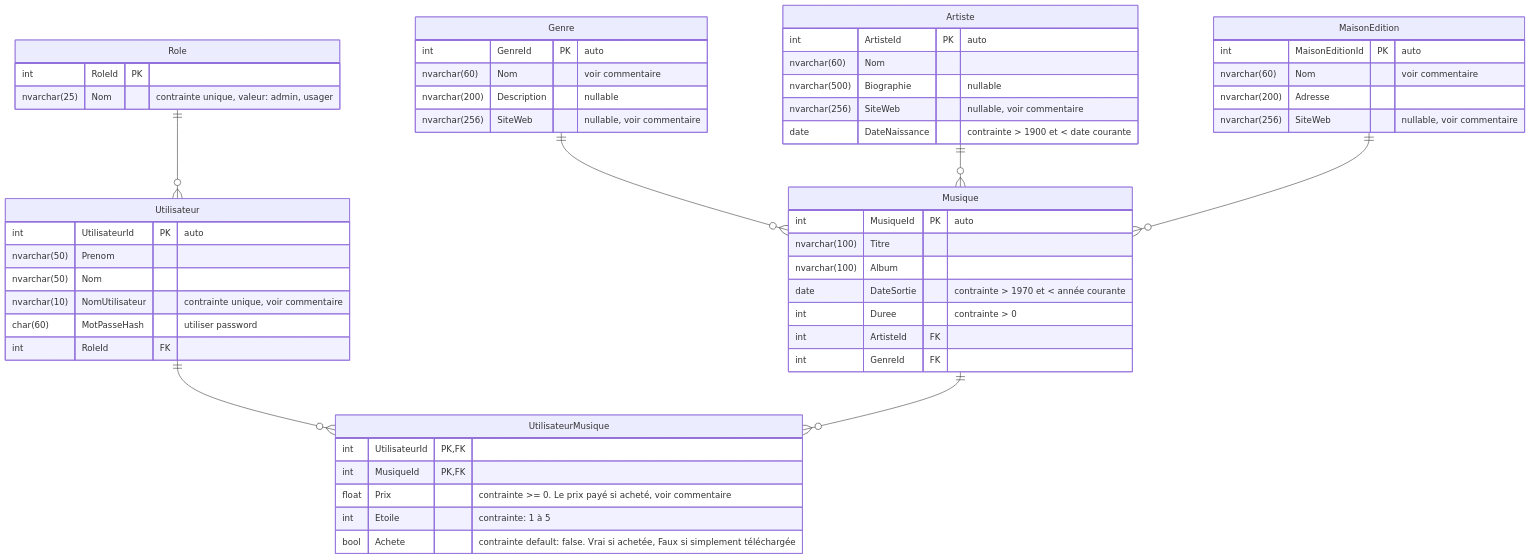
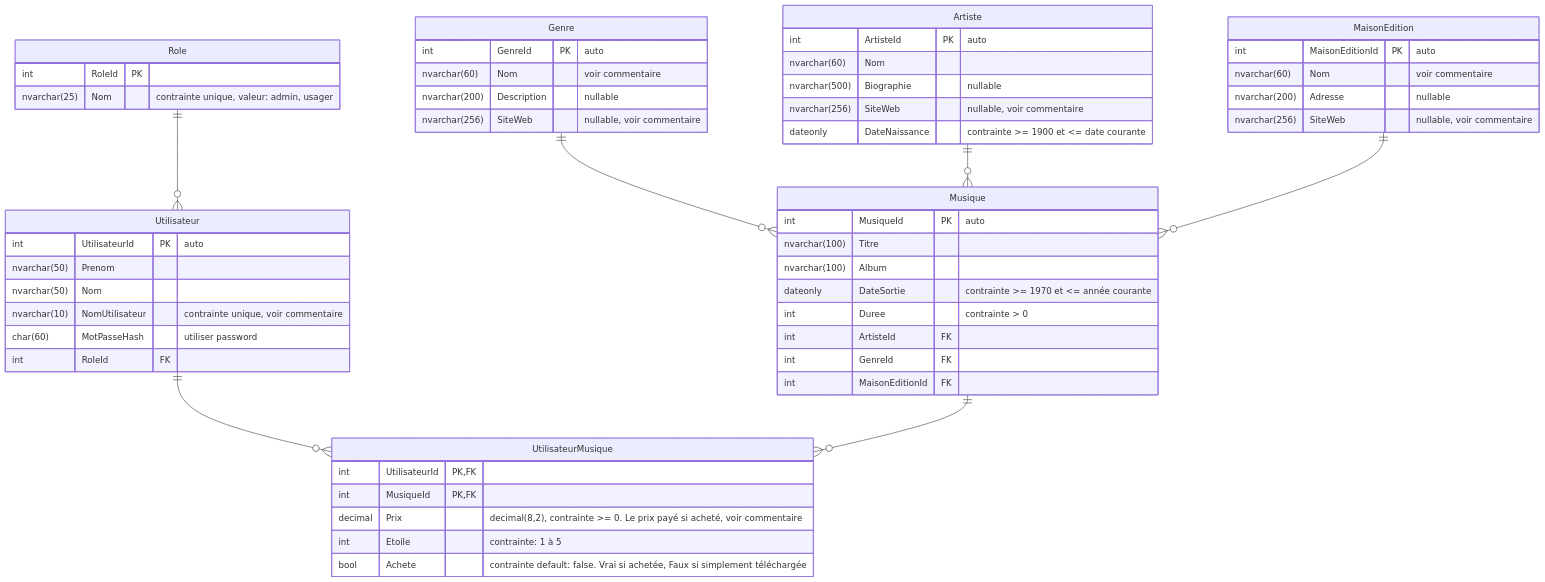
The diagram in docs/00-TP3/tp3_dea.md (BenoitDesrosiers/4N1_2024), drawn with Mermaid before and after one commit. The commit also changed other lines of this file and 11 other files, not shown here.

````diff
--- a/docs/00-TP3/tp3_dea.md
+++ b/docs/00-TP3/tp3_dea.md
@@ -9,63 +9,64 @@
 ```mermaid
 erDiagram
     ro ||--o{ ut : ""
     ut ||--o{ um : ""
     mu ||--o{ um : ""
     ge ||--o{ mu : ""
     ar ||--o{ mu : ""
     me ||--o{ mu : ""
 
     ro[Role] {
         int RoleId PK
         nvarchar(25) Nom "contrainte unique, valeur: admin, usager"
     }
     ut[Utilisateur] {
         int UtilisateurId PK "auto"
         nvarchar(50) Prenom
         nvarchar(50) Nom
         nvarchar(10) NomUtilisateur "contrainte unique, voir commentaire"
         char(60) MotPasseHash "utiliser password"
         int RoleId FK
     }
 
     um[UtilisateurMusique] {
         int UtilisateurId PK,FK
         int MusiqueId PK,FK
-        float Prix "contrainte >= 0. Le prix payé si acheté, voir commentaire"
+        decimal  Prix "decimal(8,2), contrainte >= 0. Le prix payé si acheté, voir commentaire"
         int Etoile "contrainte: 1 à 5"
         bool Achete "contrainte default: false. Vrai si achetée, Faux si simplement téléchargée"
 
     } 
 
     mu[Musique] {
         int MusiqueId PK "auto"
         nvarchar(100) Titre
         nvarchar(100) Album
-        date DateSortie "contrainte > 1970 et < année courante"
+        dateonly DateSortie "contrainte >= 1970 et <= année courante"
         int Duree "contrainte > 0"
         int ArtisteId FK
         int GenreId FK
+        int MaisonEditionId FK
     }
 
     ge[Genre] {
         int GenreId PK "auto"
         nvarchar(60) Nom "voir commentaire"
         nvarchar(200) Description "nullable"
         nvarchar(256) SiteWeb "nullable, voir commentaire"
     }
 
     ar[Artiste] {
         int ArtisteId PK "auto"
         nvarchar(60) Nom
         nvarchar(500) Biographie "nullable"
         nvarchar(256) SiteWeb "nullable, voir commentaire"
-        date DateNaissance "contrainte > 1900 et < date courante"
+        dateonly DateNaissance "contrainte >= 1900 et <= date courante"
     }
 
     me[MaisonEdition] {
         int MaisonEditionId PK "auto"
         nvarchar(60) Nom "voir commentaire"
-        nvarchar(200) Adresse
+        nvarchar(200) Adresse "nullable"
         nvarchar(256) SiteWeb "nullable, voir commentaire"
     }
 ```
````
